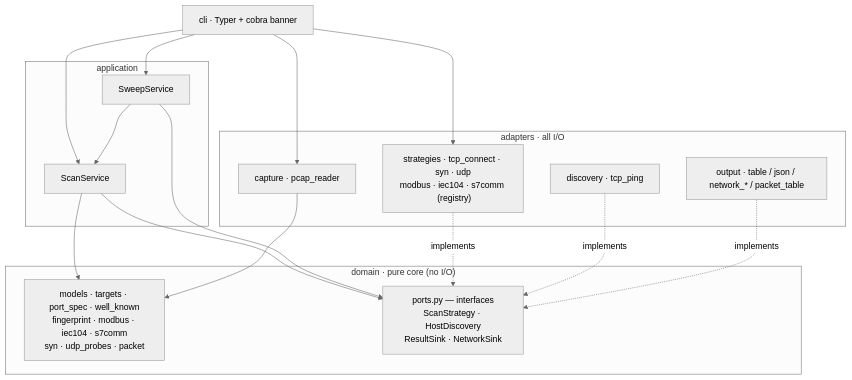
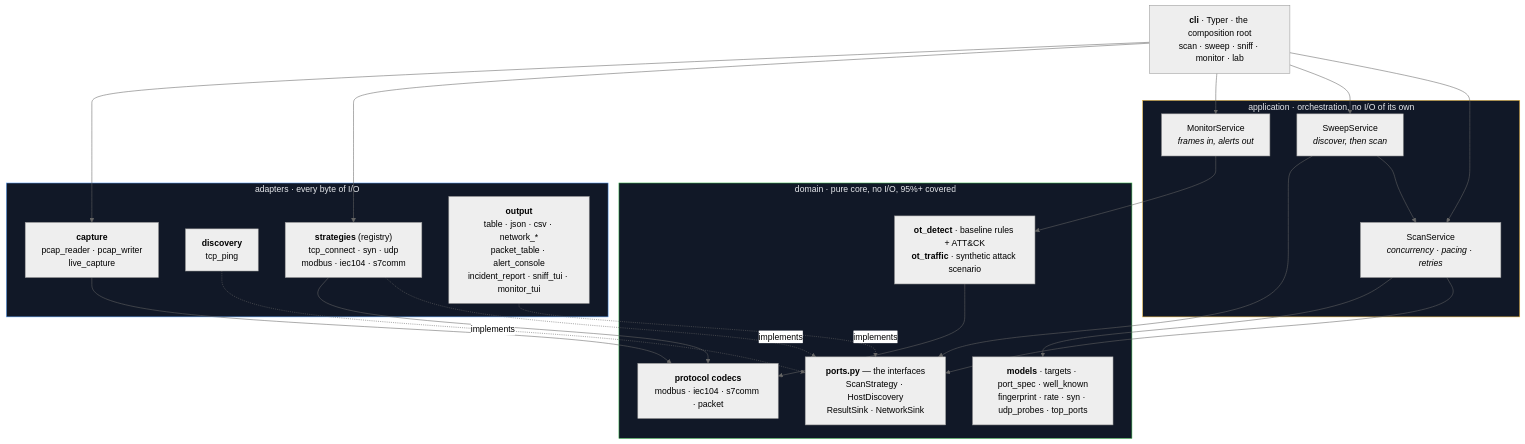
Before and after one commit to Zoel-Manchon/pyscan: the second of 5 diagrams in README.md, drawn with Mermaid (neutral theme). The commit also changed other lines of this file and 16 other files, not shown here.

````diff
--- a/README.md
+++ b/README.md
@@ -139,30 +242,43 @@
 ```mermaid
 flowchart TB
-    CLI["cli · Typer + cobra banner"]
-    subgraph APP["application"]
-        SCAN["ScanService"]
-        SWEEP["SweepService"]
+    CLI["<b>cli</b> · Typer · the composition root<br/>scan · sweep · sniff · monitor · lab"]
+
+    subgraph APP["application · orchestration, no I/O of its own"]
+        SCAN["ScanService<br/><i>concurrency · pacing · retries</i>"]
+        SWEEP["SweepService<br/><i>discover, then scan</i>"]
+        MON["MonitorService<br/><i>frames in, alerts out</i>"]
     end
-    subgraph DOMAIN["domain · pure core (no I/O)"]
-        MODELS["models · targets · port_spec · well_known<br/>fingerprint · modbus · iec104 · s7comm<br/>syn · udp_probes · packet"]
-        PORTS["ports.py — interfaces<br/>ScanStrategy · HostDiscovery<br/>ResultSink · NetworkSink"]
+
+    subgraph DOMAIN["domain · pure core, no I/O, 95%+ covered"]
+        MODELS["<b>models</b> · targets · port_spec · well_known<br/>fingerprint · rate · syn · udp_probes · top_ports"]
+        CODECS["<b>protocol codecs</b><br/>modbus · iec104 · s7comm · packet"]
+        RULES["<b>ot_detect</b> · baseline rules + ATT&amp;CK<br/><b>ot_traffic</b> · synthetic attack scenario"]
+        PORTS["<b>ports.py</b> — the interfaces<br/>ScanStrategy · HostDiscovery<br/>ResultSink · NetworkSink"]
     end
-    subgraph ADAPTERS["adapters · all I/O"]
-        STRAT["strategies · tcp_connect · syn · udp<br/>modbus · iec104 · s7comm  (registry)"]
-        DISC["discovery · tcp_ping"]
-        CAP["capture · pcap_reader"]
-        OUT["output · table / json / network_* / packet_table"]
+
+    subgraph ADAPTERS["adapters · every byte of I/O"]
+        STRAT["<b>strategies</b> (registry)<br/>tcp_connect · syn · udp<br/>modbus · iec104 · s7comm"]
+        DISC["<b>discovery</b><br/>tcp_ping"]
+        CAP["<b>capture</b><br/>pcap_reader · pcap_writer<br/>live_capture"]
+        OUT["<b>output</b><br/>table · json · csv · network_*<br/>packet_table · alert_console<br/>incident_report · sniff_tui · monitor_tui"]
     end
-    CLI --> SCAN
-    CLI --> SWEEP
+
+    CLI --> SCAN & SWEEP & MON
     SWEEP --> SCAN
     SCAN --> PORTS
     SWEEP --> PORTS
+    MON --> RULES
+    RULES --> CODECS
     STRAT -. implements .-> PORTS
     DISC -. implements .-> PORTS
     OUT -. implements .-> PORTS
+    STRAT --> CODECS
     SCAN --> MODELS
+    CAP --> CODECS
     CLI --> STRAT
     CLI --> CAP
-    CAP --> MODELS
+
+    style DOMAIN fill:#111827,stroke:#3fb950,color:#e5e7eb
+    style APP fill:#111827,stroke:#e8b339,color:#e5e7eb
+    style ADAPTERS fill:#111827,stroke:#60a5fa,color:#e5e7eb
 ```
````
